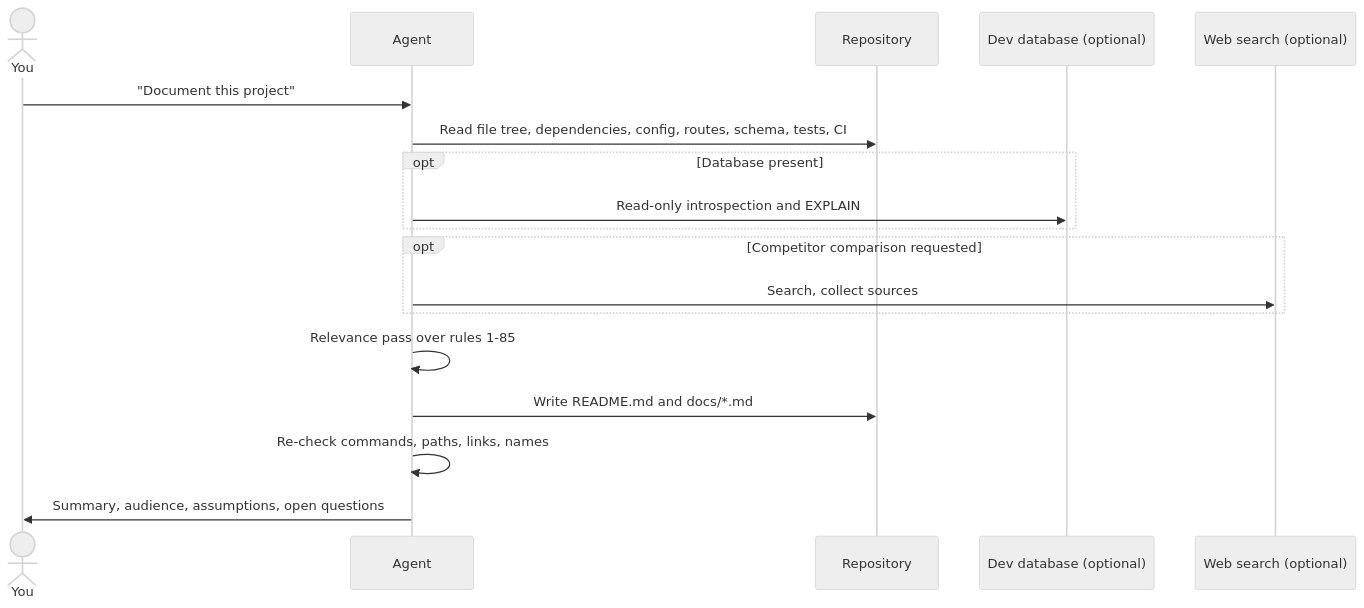
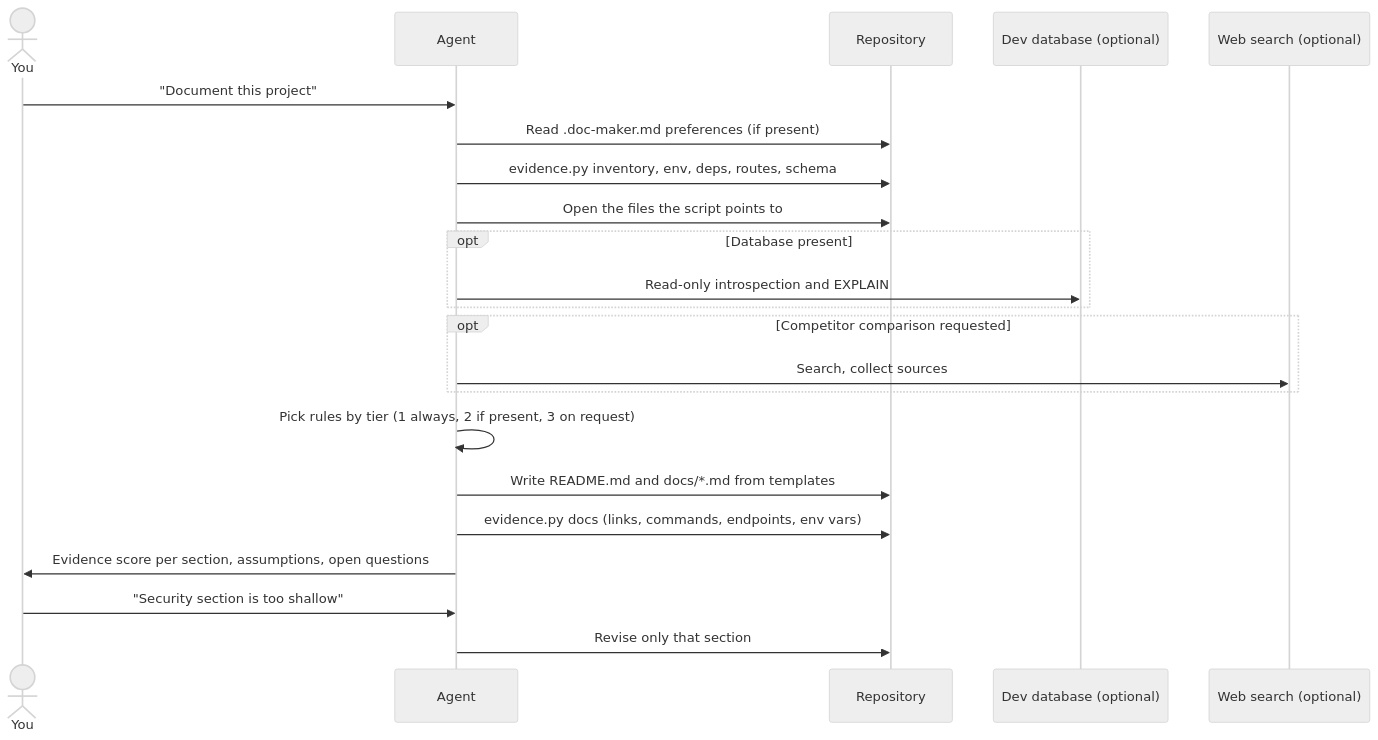
Before and after one commit to TusharParlikar/doc-maker: the first of 6 diagrams in GUIDE.md, drawn with Mermaid (neutral theme). The commit also changed other lines of this file and 73 other files, not shown here.

Commit message:
v2.0.0: evidence script, templates, tiers, feedback loop, 51 verified rules, eval suite

````diff
--- a/GUIDE.md
+++ b/GUIDE.md
@@ -43,21 +46,25 @@
 ```mermaid
 sequenceDiagram
     actor You
     participant Agent
     participant Repo as Repository
     participant DB as Dev database (optional)
     participant Web as Web search (optional)
 
     You->>Agent: "Document this project"
-    Agent->>Repo: Read file tree, dependencies, config, routes, schema, tests, CI
+    Agent->>Repo: Read .doc-maker.md preferences (if present)
+    Agent->>Repo: evidence.py inventory, env, deps, routes, schema
+    Agent->>Repo: Open the files the script points to
     opt Database present
         Agent->>DB: Read-only introspection and EXPLAIN
     end
     opt Competitor comparison requested
         Agent->>Web: Search, collect sources
     end
-    Agent->>Agent: Relevance pass over rules 1-85
-    Agent->>Repo: Write README.md and docs/*.md
-    Agent->>Agent: Re-check commands, paths, links, names
-    Agent->>You: Summary, audience, assumptions, open questions
+    Agent->>Agent: Pick rules by tier (1 always, 2 if present, 3 on request)
+    Agent->>Repo: Write README.md and docs/*.md from templates
+    Agent->>Repo: evidence.py docs (links, commands, endpoints, env vars)
+    Agent->>You: Evidence score per section, assumptions, open questions
+    You->>Agent: "Security section is too shallow"
+    Agent->>Repo: Revise only that section
 ```
````
